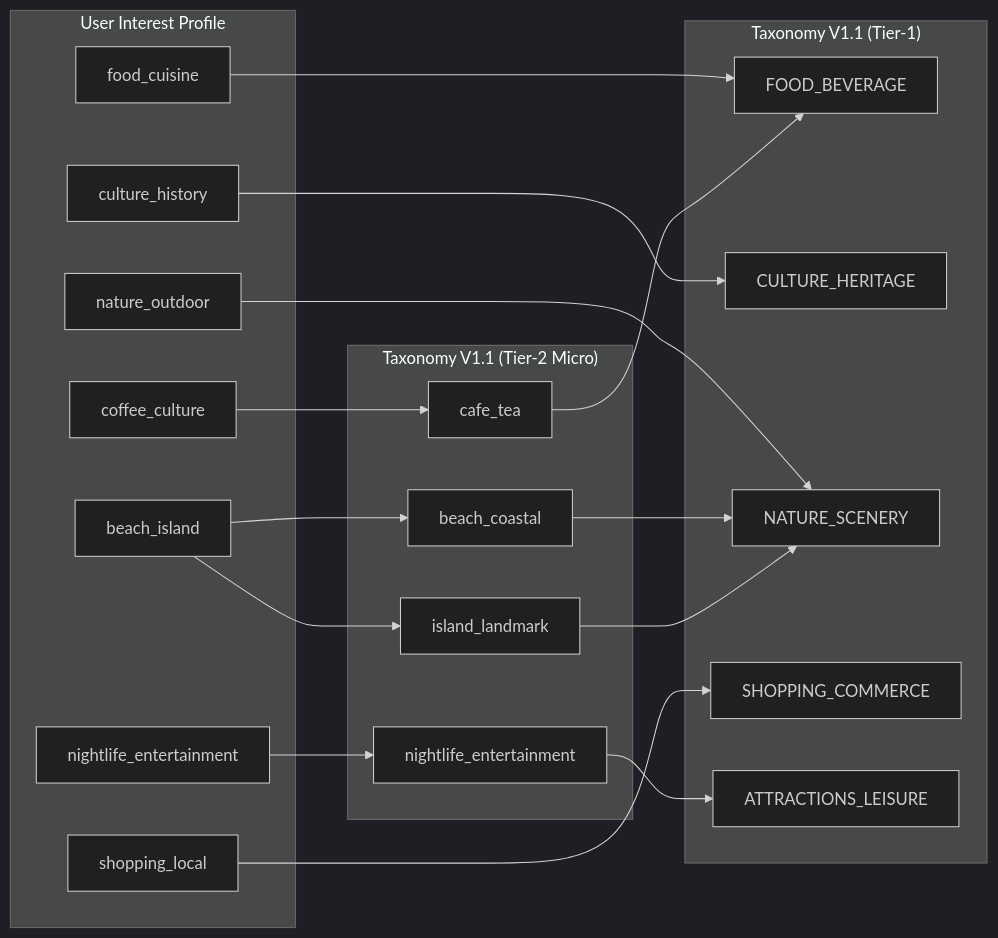
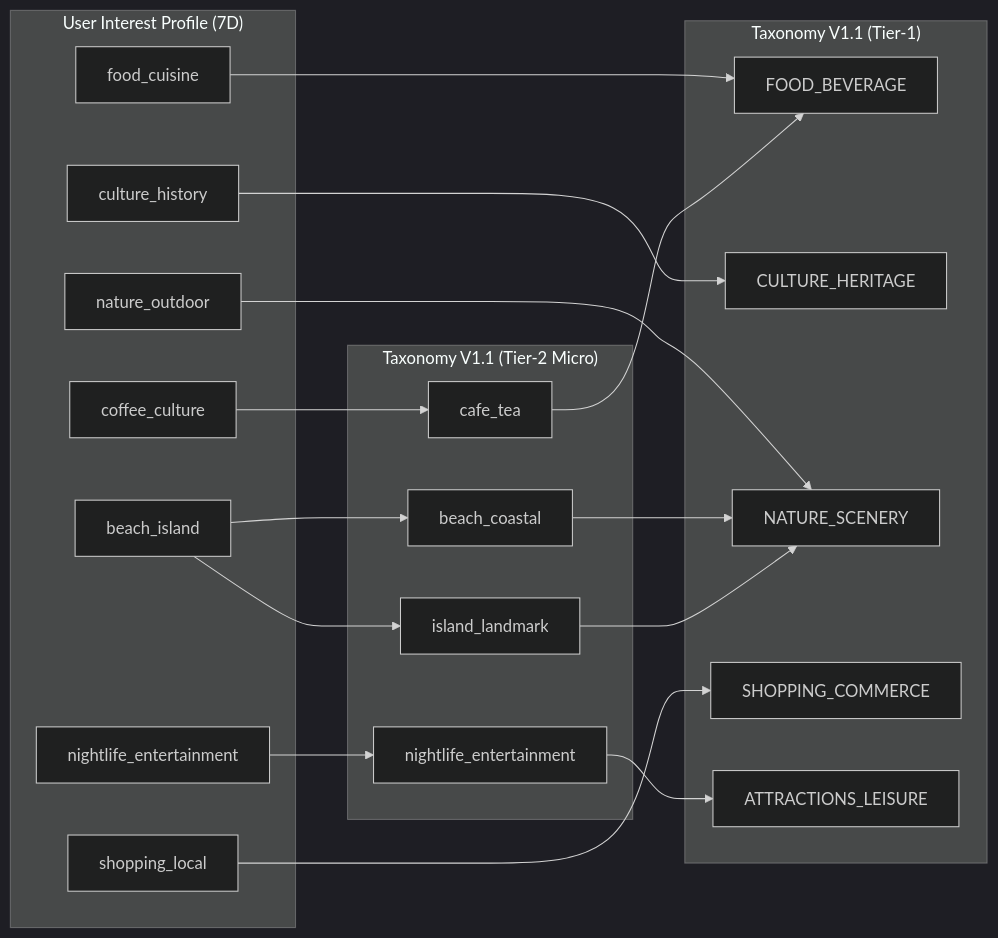
One commit to namnh102/wanderai changed the diagram in docs/recommendation/gomate-reca-feature-contract-v1.md. Above: the diagram before and after it, drawn with Mermaid (dark theme). The commit also changed other lines of this file and 2 other files, not shown here.

````diff
--- a/docs/recommendation/gomate-reca-feature-contract-v1.md
+++ b/docs/recommendation/gomate-reca-feature-contract-v1.md
@@ -46,40 +70,40 @@
 ```mermaid
 flowchart LR
-    subgraph UserPreferences ["User Interest Profile"]
+    subgraph UserPreferences ["User Interest Profile (7D)"]
         I1["food_cuisine"]
         I2["culture_history"]
         I3["nature_outdoor"]
         I4["coffee_culture"]
         I5["beach_island"]
         I6["shopping_local"]
         I7["nightlife_entertainment"]
     end
 
     subgraph MacroTaxonomy ["Taxonomy V1.1 (Tier-1)"]
         T_FB["FOOD_BEVERAGE"]
         T_CH["CULTURE_HERITAGE"]
         T_NS["NATURE_SCENERY"]
         T_SC["SHOPPING_COMMERCE"]
         T_AL["ATTRACTIONS_LEISURE"]
     end
 
     subgraph MicroTaxonomy ["Taxonomy V1.1 (Tier-2 Micro)"]
         M_Cafe["cafe_tea"]
         M_Beach["beach_coastal"]
         M_Island["island_landmark"]
         M_Night["nightlife_entertainment"]
     end
 
     I1 --> T_FB
     I2 --> T_CH
     I3 --> T_NS
     I4 --> M_Cafe
     M_Cafe --> T_FB
     I5 --> M_Beach
     I5 --> M_Island
     M_Beach --> T_NS
     M_Island --> T_NS
     I6 --> T_SC
     I7 --> M_Night
     M_Night --> T_AL
 ```
````
